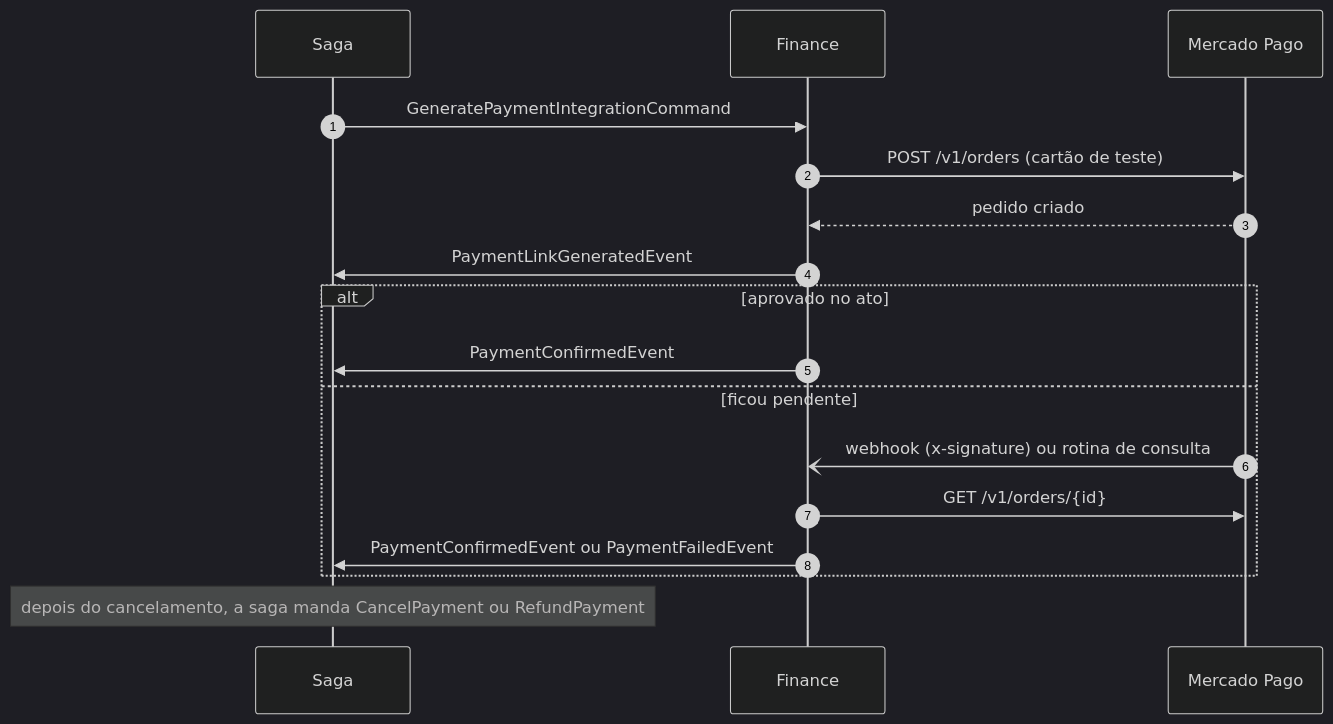
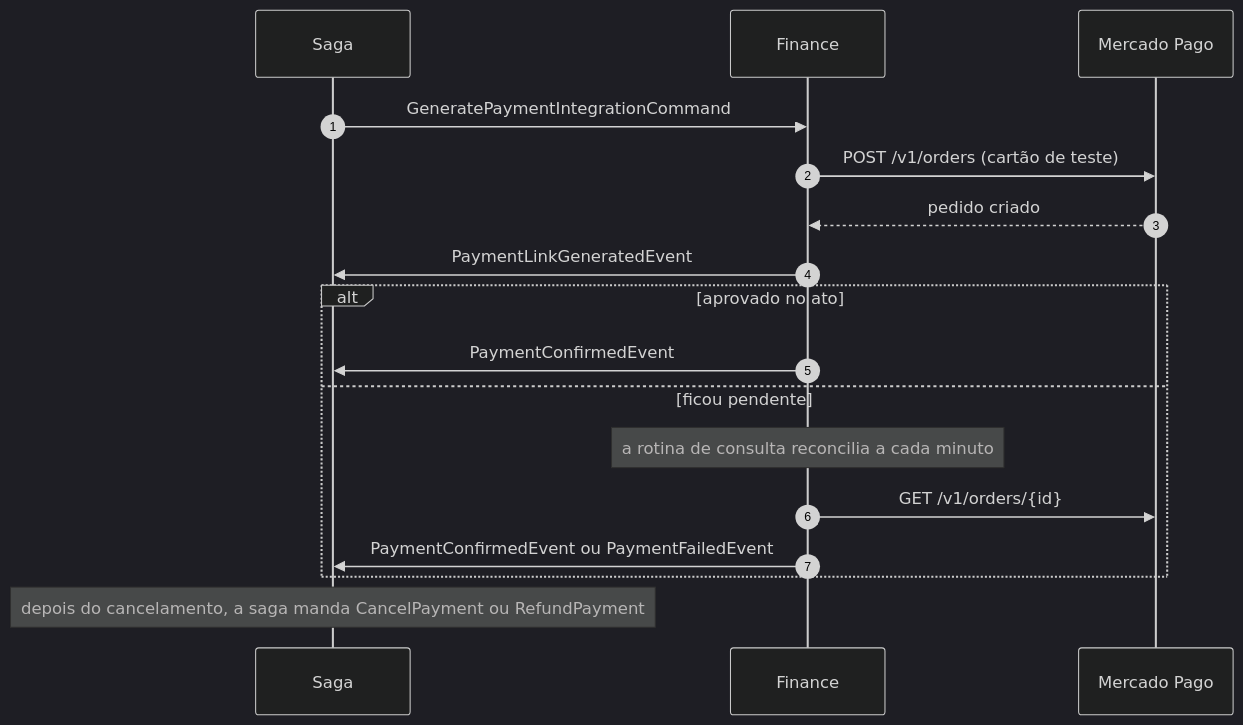
Before and after one commit to mecanica-dm/mecanicadm-finance-api-v4: the fifth of 6 diagrams in README.md, drawn with Mermaid (dark theme). The commit also changed other lines of this file and 3 other files, not shown here.

````diff
--- a/README.md
+++ b/README.md
@@ -248,20 +247,20 @@
 ```mermaid
 sequenceDiagram
     autonumber
     participant SG as Saga
     participant FN as Finance
     participant MP as Mercado Pago
 
     SG->>FN: GeneratePaymentIntegrationCommand
     FN->>MP: POST /v1/orders (cartão de teste)
     MP-->>FN: pedido criado
     FN->>SG: PaymentLinkGeneratedEvent
     alt aprovado no ato
         FN->>SG: PaymentConfirmedEvent
     else ficou pendente
-        MP-)FN: webhook (x-signature) ou rotina de consulta
+        Note over FN: a rotina de consulta reconcilia a cada minuto
         FN->>MP: GET /v1/orders/{id}
         FN->>SG: PaymentConfirmedEvent ou PaymentFailedEvent
     end
     Note over SG: depois do cancelamento, a saga manda CancelPayment ou RefundPayment
 ```
````
